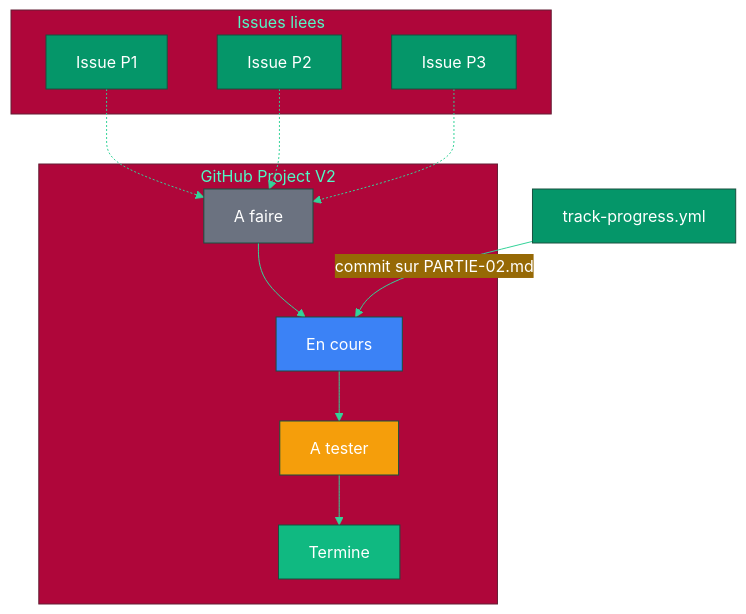
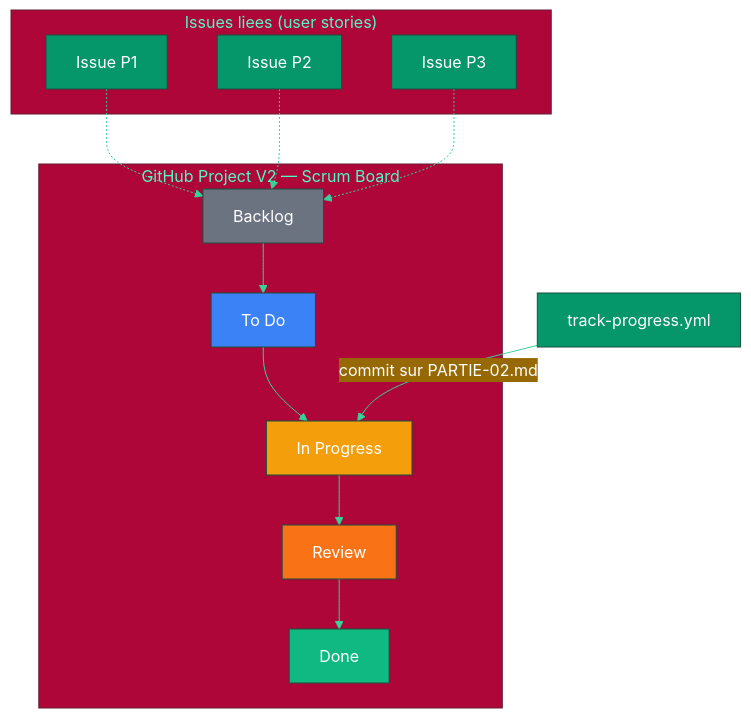
The third of 3 diagrams in PARTIE-08-cicd-devops.md (yugmerabtene/Agentic-Developer-Craftsmanship), drawn with Mermaid before and after one commit. The commit also changed other lines of this file and 4 other files, not shown here.

Commit message:
refactor: projet -> Scrum board (Backlog/To Do/In Progress/Review/Done)

````diff
--- a/PARTIE-08-cicd-devops.md
+++ b/PARTIE-08-cicd-devops.md
@@ -232,26 +232,28 @@
 ```mermaid
 %%{init: {'theme': 'base', 'themeVariables': {
   'primaryColor': '#059669',
   'primaryTextColor': '#fff',
   'lineColor': '#34d399'
 }}}%%
 graph TB
-    subgraph "GitHub Project V2"
-        AF["A faire"] --> EC["En cours"]
-        EC --> AT["A tester"]
-        AT --> T["Termine"]
+    subgraph "GitHub Project V2 — Scrum Board"
+        BL[Backlog] --> TD[To Do]
+        TD --> IP[In Progress]
+        IP --> RV[Review]
+        RV --> DN[Done]
     end
     
-    subgraph "Issues liees"
-        I1["Issue P1"] -.-> AF
-        I2["Issue P2"] -.-> AF
-        I3["Issue P3"] -.-> AF
+    subgraph "Issues liees (user stories)"
+        I1["Issue P1"] -.-> BL
+        I2["Issue P2"] -.-> BL
+        I3["Issue P3"] -.-> BL
     end
     
-    W["track-progress.yml"] -->|"commit sur PARTIE-02.md"| EC
+    W["track-progress.yml"] -->|"commit sur PARTIE-02.md"| IP
     
-    style AF fill:#6b7280,color:#fff
-    style EC fill:#3b82f6,color:#fff
-    style AT fill:#f59e0b,color:#fff
-    style T fill:#10b981,color:#fff
+    style BL fill:#6b7280,color:#fff
+    style TD fill:#3b82f6,color:#fff
+    style IP fill:#f59e0b,color:#fff
+    style RV fill:#f97316,color:#fff
+    style DN fill:#10b981,color:#fff
 ```
````
